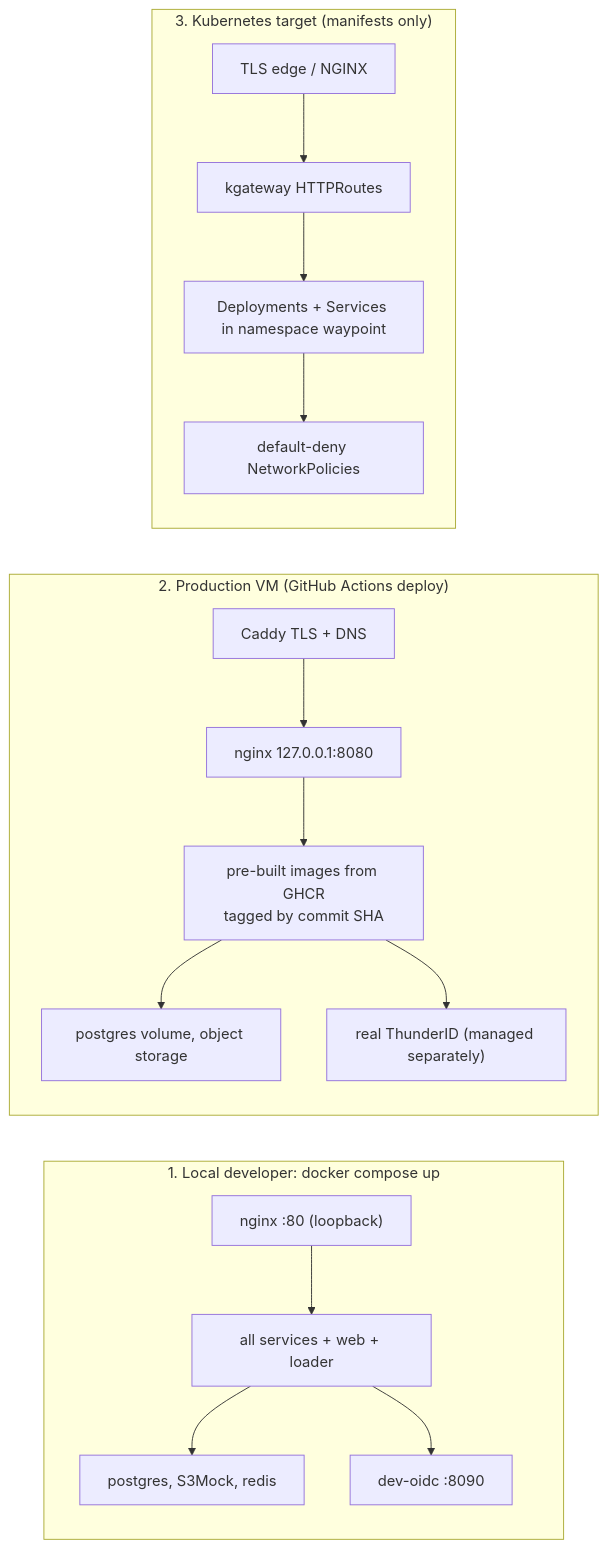
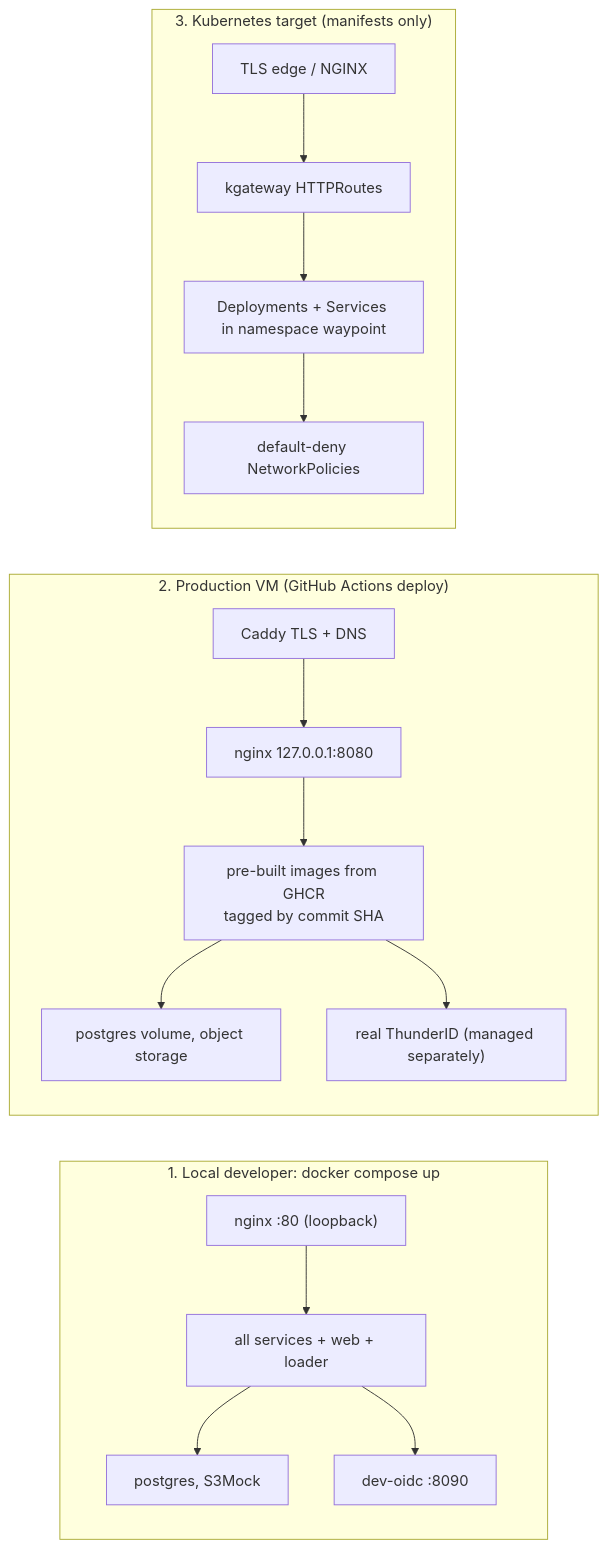
Before and after one commit to HasinduNimesh/ClapTac-tech-triathlon: the seventh of 43 diagrams in docs/WAYPOINT_COMPLETE_DOCUMENTATION.md, drawn with Mermaid. The commit also changed other lines of this file and 10 other files, not shown here.

````diff
--- a/docs/WAYPOINT_COMPLETE_DOCUMENTATION.md
+++ b/docs/WAYPOINT_COMPLETE_DOCUMENTATION.md
@@ -390,19 +389,19 @@
 ```mermaid
 flowchart LR
     subgraph L["1. Local developer: docker compose up"]
         L1["nginx :80 (loopback)"] --> L2["all services + web + loader"]
-        L2 --> L3["postgres, S3Mock, redis"]
+        L2 --> L3["postgres, S3Mock"]
         L2 --> L4["dev-oidc :8090"]
     end
     subgraph P["2. Production VM (GitHub Actions deploy)"]
         P0["Caddy TLS + DNS"] --> P1["nginx 127.0.0.1:8080"]
         P1 --> P2["pre-built images from GHCR<br/>tagged by commit SHA"]
         P2 --> P3["postgres volume, object storage"]
         P2 --> P4["real ThunderID (managed separately)"]
     end
     subgraph K["3. Kubernetes target (manifests only)"]
         K0["TLS edge / NGINX"] --> K1["kgateway HTTPRoutes"]
         K1 --> K2["Deployments + Services in namespace waypoint"]
         K2 --> K3["default-deny NetworkPolicies"]
     end
 ```
````
